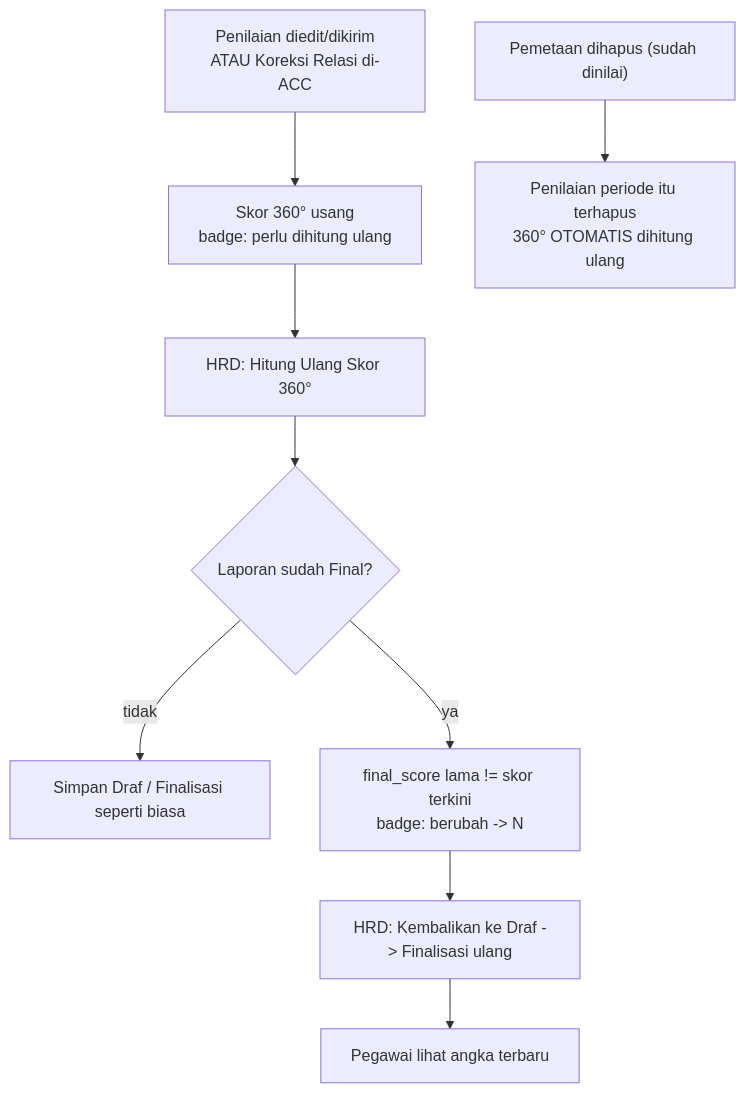
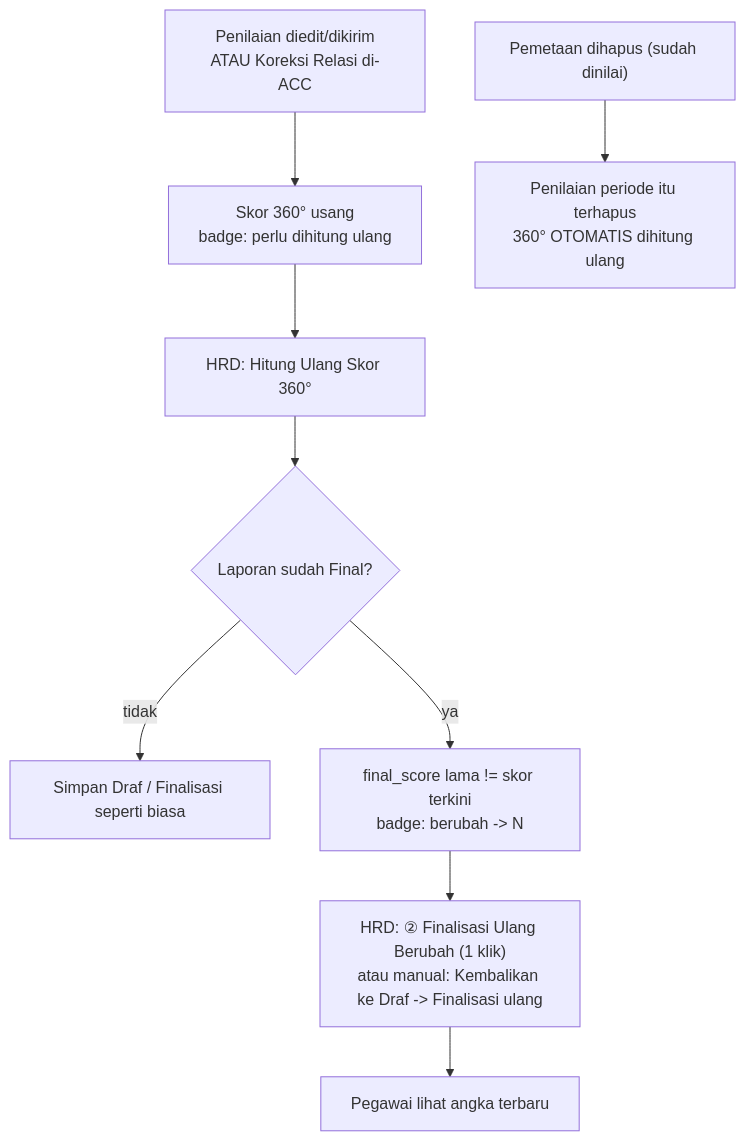
One commit to infarmcorp/infarm-360 changed the fourth of 6 diagrams in docs/panduan/CARA-PENGGUNAAN.md. Above: the diagram before and after it, drawn with Mermaid. The commit also changed 1 other file, not shown here.

Commit message:
docs: mutakhirkan 2 diagram mermaid — ② Finalisasi Ulang (CARA) + tandai §10.1 historis (DESAIN)
Audit 14 diagram mermaid di docs (sintaks semua valid). Dua akurasi diperbaiki:
- CARA-PENGGUNAAN 'edit/interupsi': tambah jalur ② Finalisasi Ulang Berubah (1-klik) di samping cara manual.
- DESAIN §10.1: label 'SAAT INI' -> 'LAMA (sebelum redesain)' + catatan historis; struktur live ada di §10.6.

````diff
--- a/docs/panduan/CARA-PENGGUNAAN.md
+++ b/docs/panduan/CARA-PENGGUNAAN.md
@@ -900,11 +900,11 @@
 ```mermaid
 flowchart TD
     X["Penilaian diedit/dikirim<br/>ATAU Koreksi Relasi di-ACC"] --> Y["Skor 360° usang<br/>badge: perlu dihitung ulang"]
     Y --> Z["HRD: Hitung Ulang Skor 360°"]
     Z --> W{"Laporan sudah Final?"}
     W -- "tidak" --> U["Simpan Draf / Finalisasi seperti biasa"]
     W -- "ya" --> V["final_score lama != skor terkini<br/>badge: berubah -> N"]
-    V --> R["HRD: Kembalikan ke Draf -> Finalisasi ulang"]
+    V --> R["HRD: ② Finalisasi Ulang Berubah (1 klik)<br/>atau manual: Kembalikan ke Draf -> Finalisasi ulang"]
     R --> S["Pegawai lihat angka terbaru"]
     M["Pemetaan dihapus (sudah dinilai)"] --> N["Penilaian periode itu terhapus<br/>360° OTOMATIS dihitung ulang"]
 ```
````
